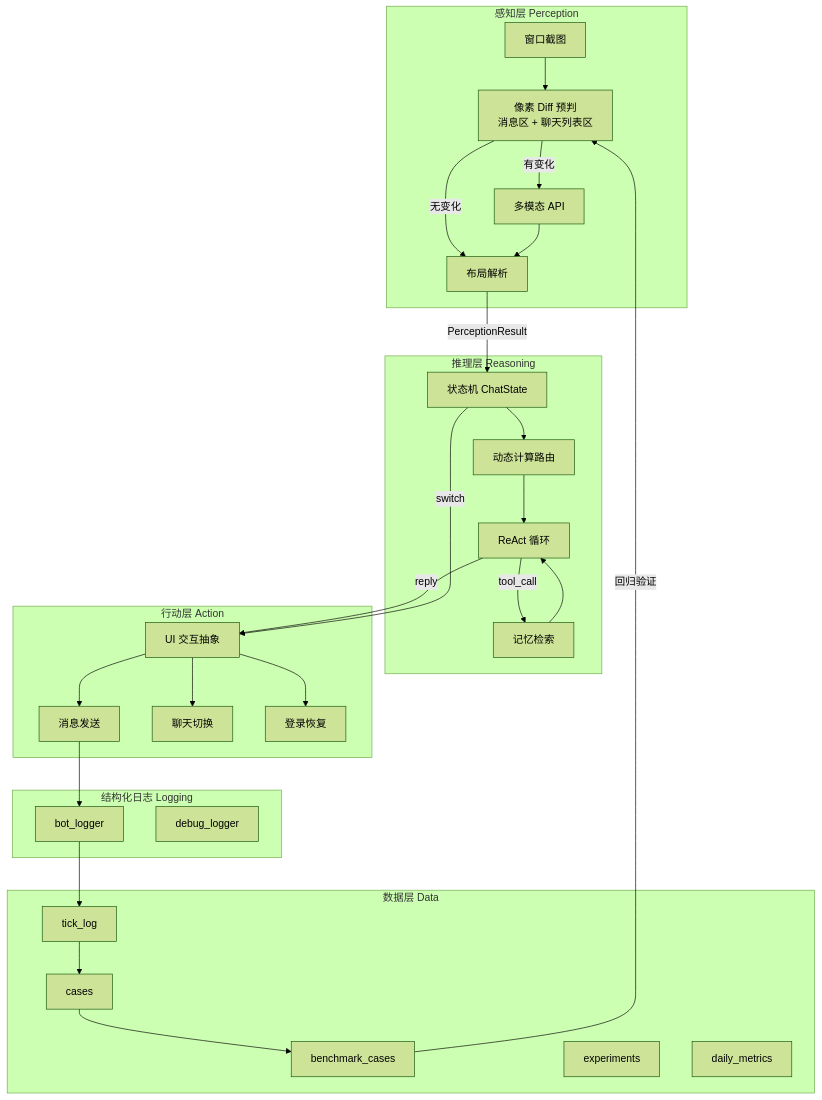
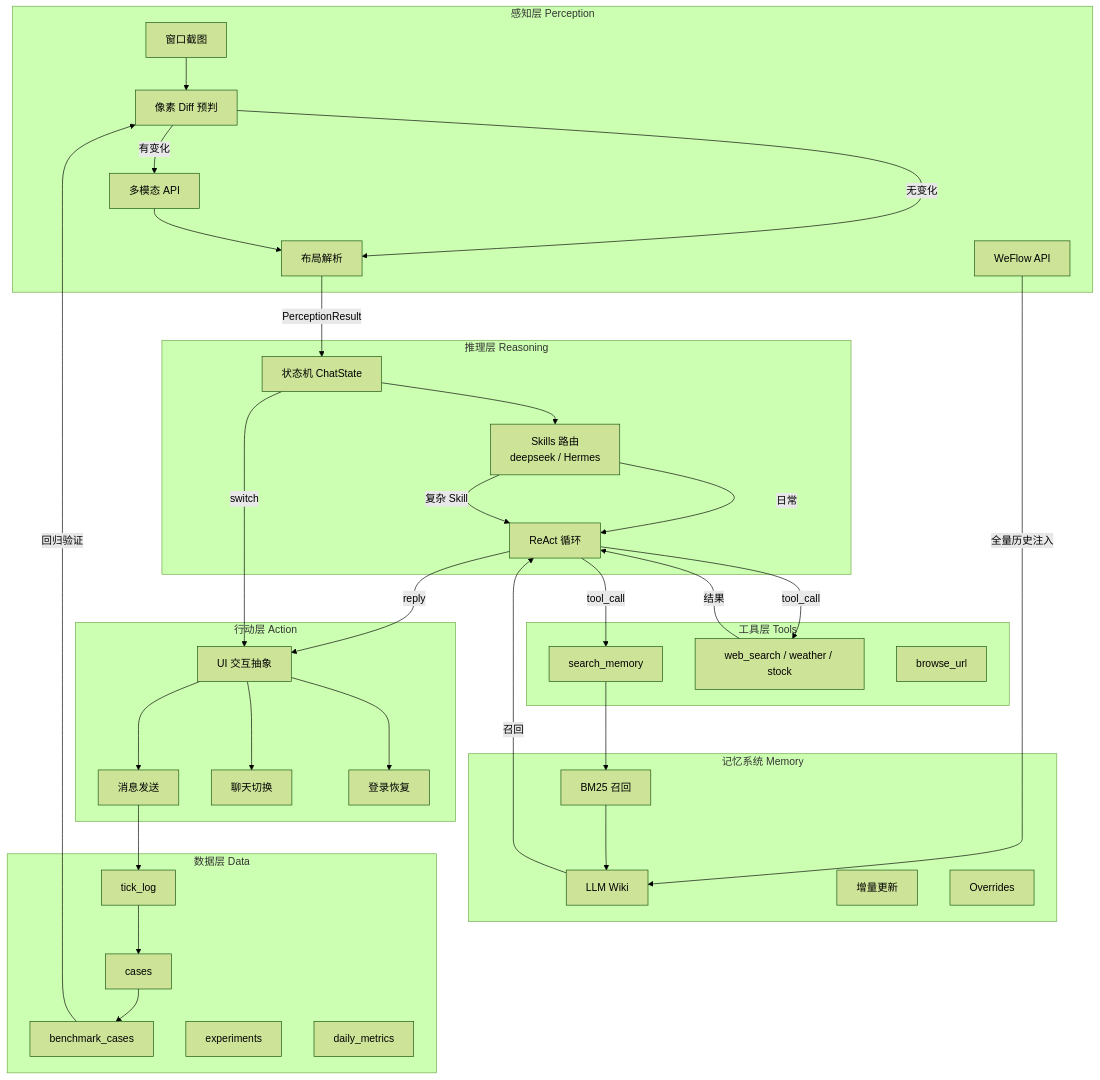
One commit to 899ms/wechat-mac-rpa changed the first of 3 diagrams in README.md. Above: the diagram before and after it, drawn with Mermaid (forest theme). The commit also changed other lines of this file and 3 other files, not shown here.

First line of the commit message:
docs(architecture): sync README system diagram with actual codebase

````diff
--- a/README.md
+++ b/README.md
@@ -11,56 +11,69 @@
 ```mermaid
 graph TB
     subgraph Perception["感知层 Perception"]
         P1["窗口截图"]
-        P2["像素 Diff 预判<br/>消息区 + 聊天列表区"]
+        P2["像素 Diff 预判"]
         P3["多模态 API"]
         P4["布局解析"]
+        P5["WeFlow API"]
     end
 
     subgraph Reasoning["推理层 Reasoning"]
         R1["状态机 ChatState"]
-        R2["动态计算路由"]
+        R2["Skills 路由<br/>deepseek / Hermes"]
         R3["ReAct 循环"]
-        R4["记忆检索"]
+    end
+
+    subgraph Tools["工具层 Tools"]
+        T1["search_memory"]
+        T2["web_search / weather / stock"]
+        T3["browse_url"]
+    end
+
+    subgraph Memory["记忆系统 Memory"]
+        M1["LLM Wiki"]
+        M2["BM25 召回"]
+        M3["增量更新"]
+        M4["Overrides"]
     end
 
     subgraph Action["行动层 Action"]
         A1["UI 交互抽象"]
         A2["消息发送"]
         A3["聊天切换"]
         A4["登录恢复"]
-    end
-
-    subgraph Logging["结构化日志 Logging"]
-        L1["bot_logger"]
-        L2["debug_logger"]
     end
 
     subgraph Data["数据层 Data"]
         D1["tick_log"]
         D2["cases"]
         D3["benchmark_cases"]
         D4["experiments"]
         D5["daily_metrics"]
     end
 
     P1 --> P2
     P2 -->|有变化| P3
     P2 -->|无变化| P4
     P3 --> P4
+    P5 -->|全量历史注入| M1
     P4 -->|PerceptionResult| R1
     R1 --> R2
-    R2 --> R3
-    R3 -->|tool_call| R4
-    R4 --> R3
+    R2 -->|日常| R3
+    R2 -->|复杂 Skill| R3
+    R3 -->|tool_call| T1
+    T1 --> M2
+    M2 --> M1
+    M1 -->|召回| R3
+    R3 -->|tool_call| T2
+    T2 -->|结果| R3
     R3 -->|reply| A1
     R1 -->|switch| A1
     A1 --> A2
     A1 --> A3
     A1 --> A4
-    A2 --> L1
-    L1 --> D1
+    A2 --> D1
     D1 --> D2
     D2 --> D3
     D3 -->|回归验证| P2
 ```
````
